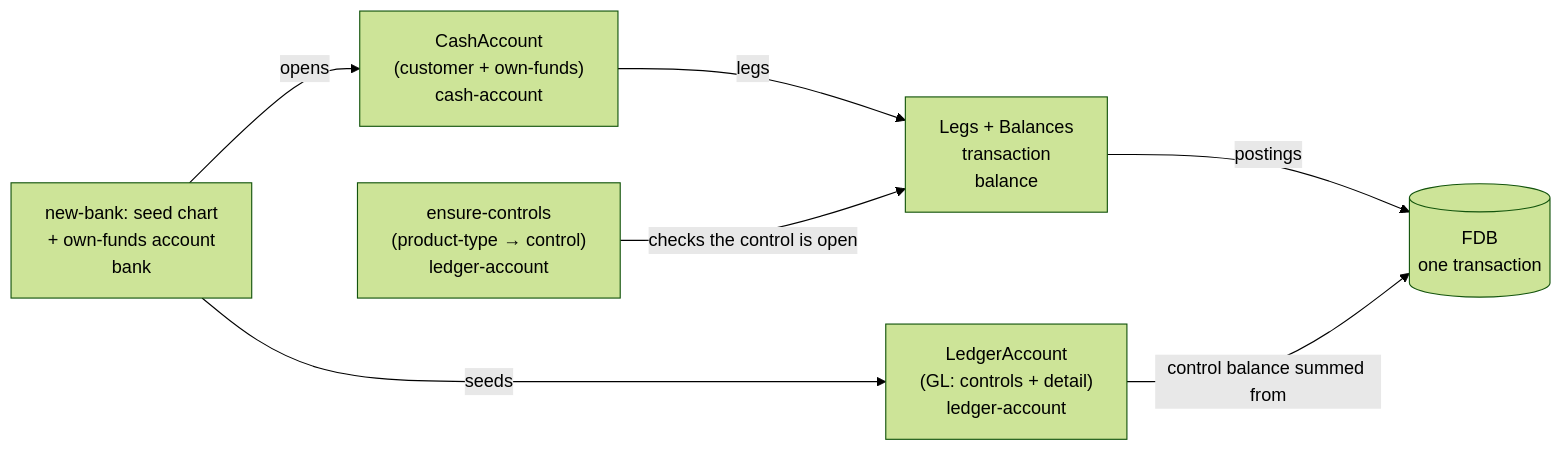
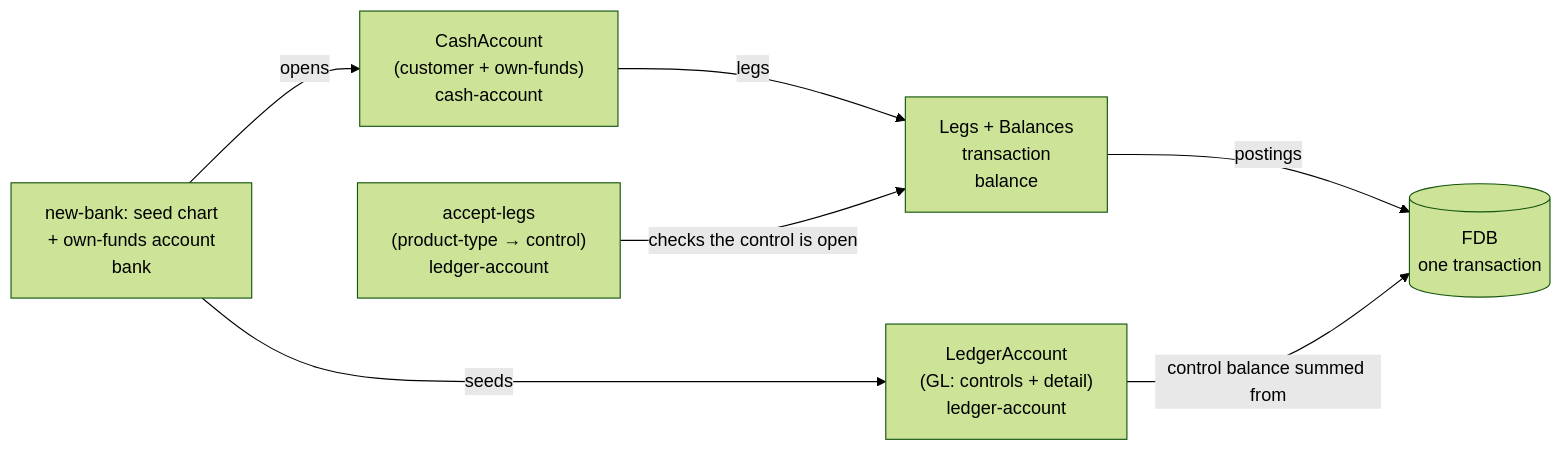
Before and after one commit to repldriven/queenswood: the diagram in docs/tdd/chart-of-accounts.md, drawn with Mermaid (forest theme). The commit also changed other lines of this file and 48 other files, not shown here.

First line of the commit message:
Sum suspense from its legs, have ledger accounts and balances accept a posting's legs, and require a leg's product type (#880)

````diff
--- a/docs/tdd/chart-of-accounts.md
+++ b/docs/tdd/chart-of-accounts.md
@@ -123,16 +123,16 @@
 ```mermaid
 graph LR
     L["LedgerAccount<br/>(GL: controls + detail)<br/>ledger-account"]
     A["CashAccount<br/>(customer + own-funds)<br/>cash-account"]
     BANK["new-bank: seed chart<br/>+ own-funds account<br/>bank"]
-    EL["ensure-controls<br/>(product-type → control)<br/>ledger-account"]
+    EL["accept-legs<br/>(product-type → control)<br/>ledger-account"]
     TX["Legs + Balances<br/>transaction<br/>balance"]
     FDB[("FDB<br/>one transaction")]
 
     BANK -->|seeds| L
     BANK -->|opens| A
     A -->|legs| TX
     EL -->|checks the control is open| TX
     TX -->|postings| FDB
     L -->|control balance summed from| FDB
 ```
````
